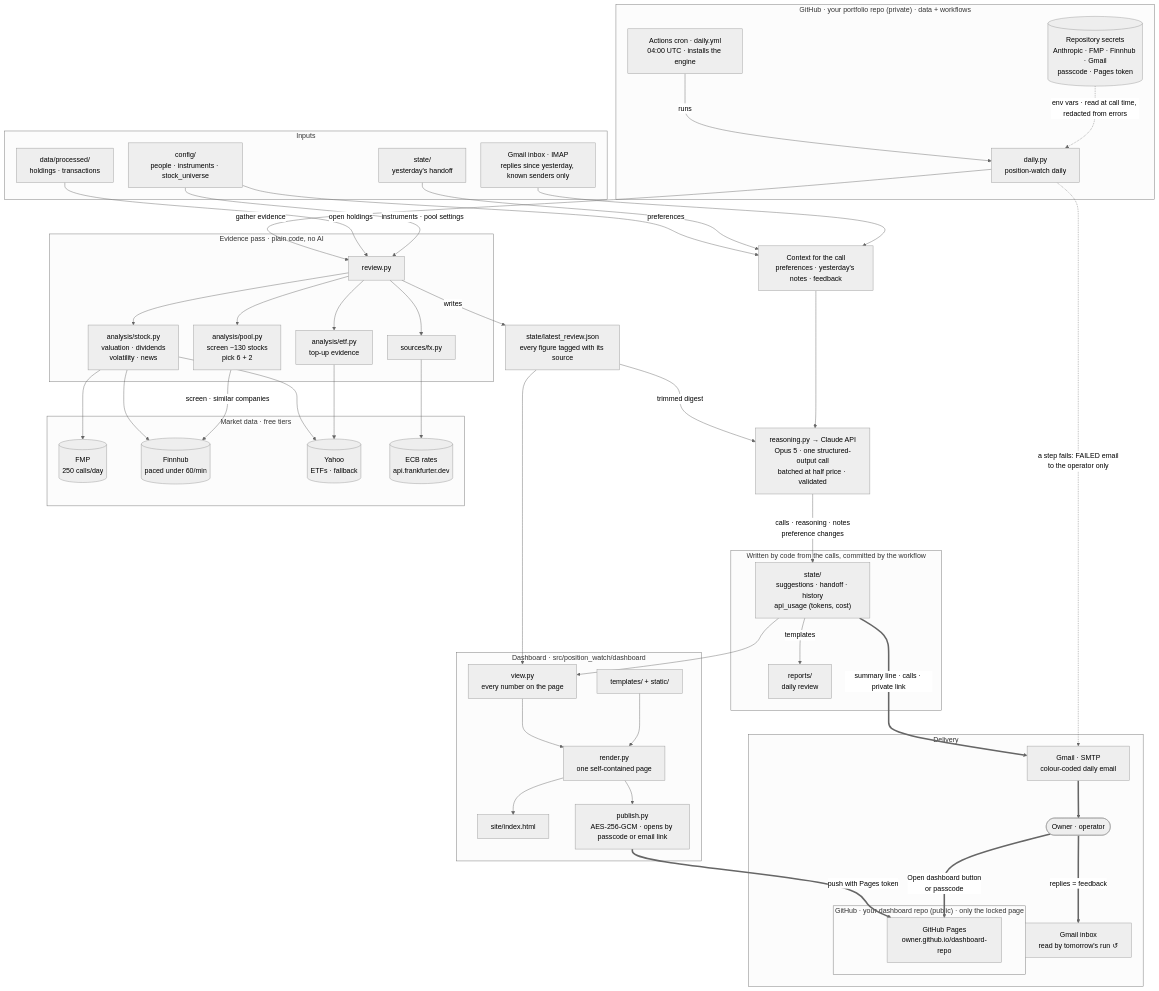
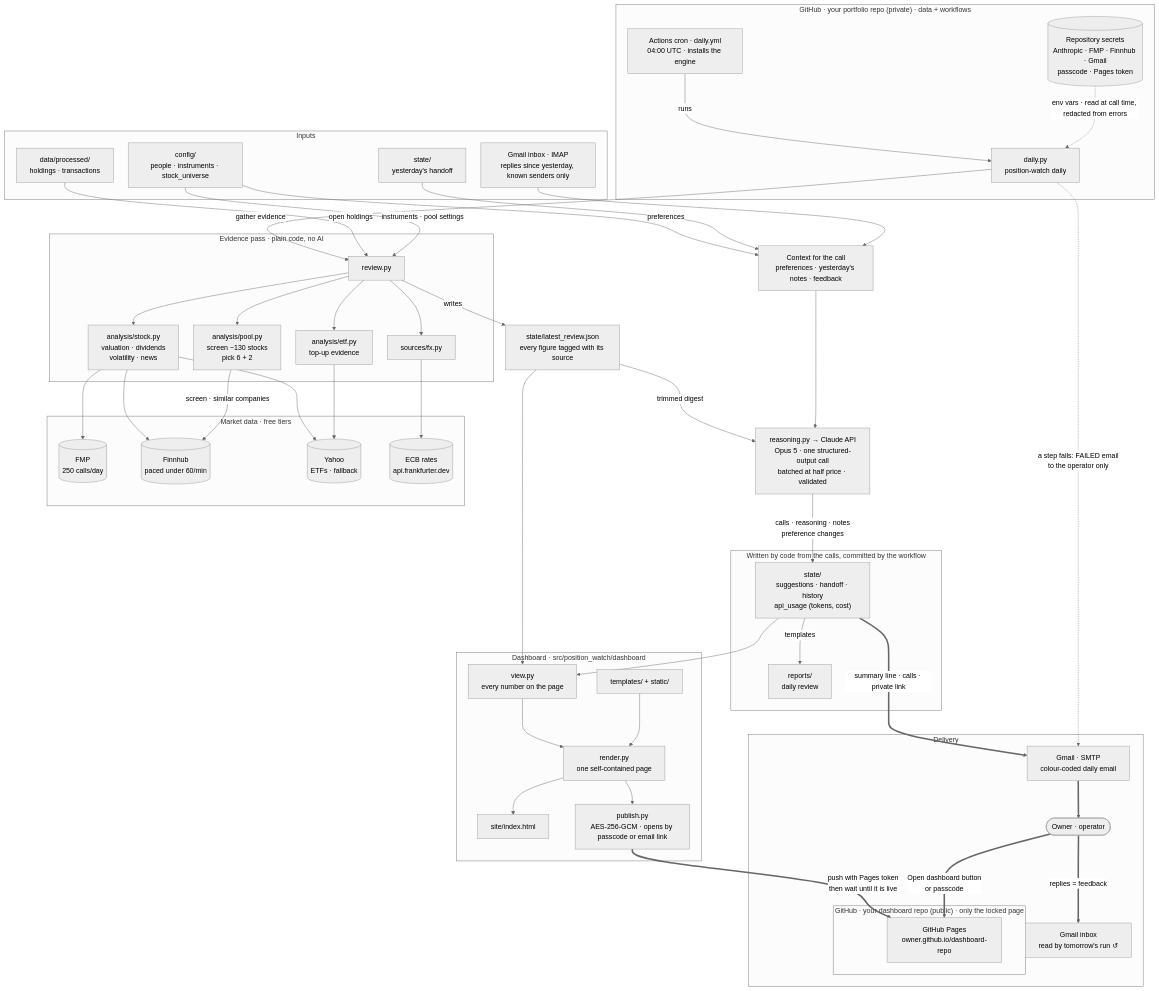
Before and after one commit to alexdiehl0/position-watch-engine: the second of 3 diagrams in docs/architecture.md, drawn with Mermaid (neutral theme). The commit also changed other lines of this file and 5 other files, not shown here.

```diff
--- a/docs/architecture.md
+++ b/docs/architecture.md
@@ -134,7 +134,7 @@
 
   EVS --> VIEW
   CALLS --> VIEW
-  PUB ==>|"push with Pages token"| PAGES
+  PUB ==>|"push with Pages token<br/>then wait until it is live"| PAGES
   CALLS ==>|"summary line · calls · private link"| SMTP
   SMTP ==> CLIENT
   CLIENT ==>|"Open dashboard button<br/>or passcode"| PAGES
```
